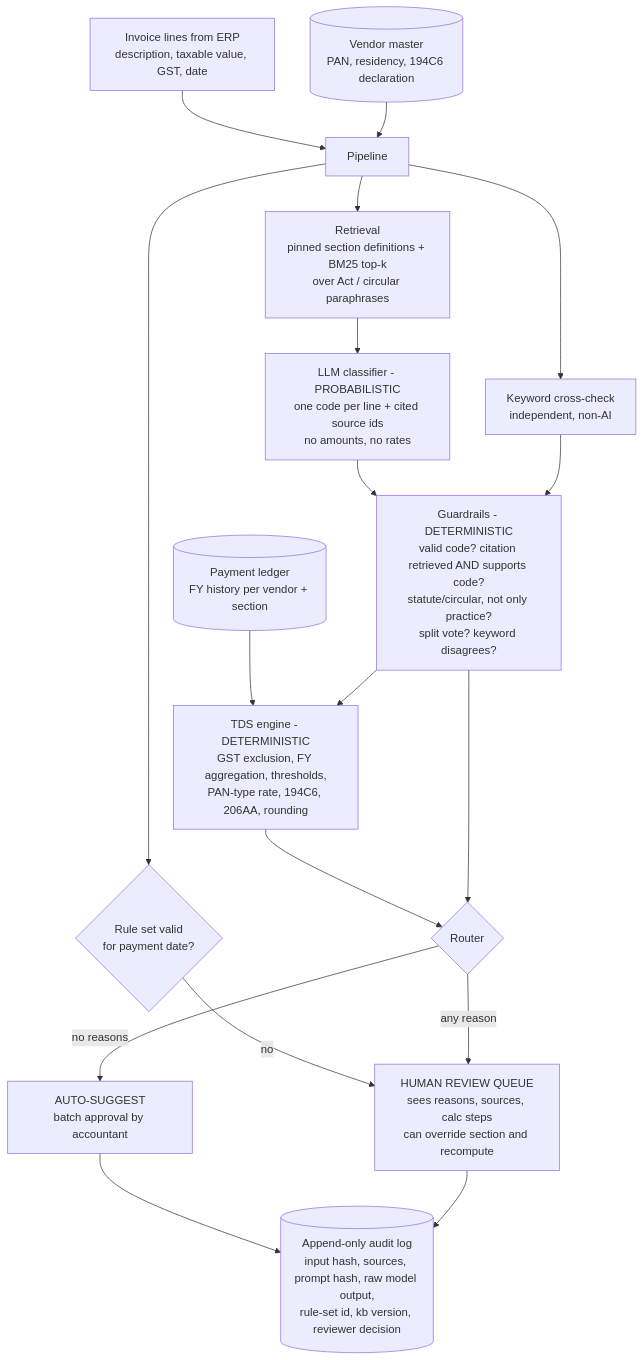
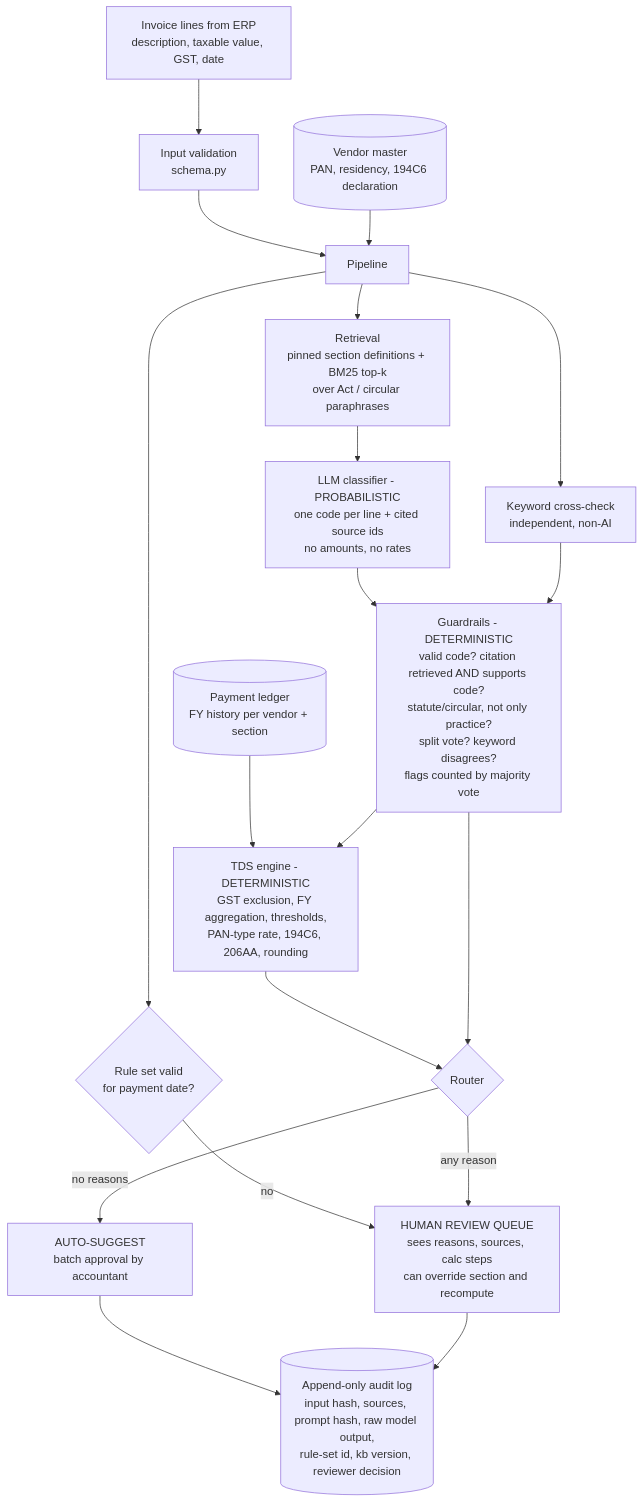
One commit to Om-Singh-Rawat/tds-copilot changed the diagram in docs/architecture.md. Above: the diagram before and after it, drawn with Mermaid. The commit also changed other lines of this file and 36 other files, not shown here.

````diff
--- a/docs/architecture.md
+++ b/docs/architecture.md
@@ -5,22 +5,22 @@
 ```mermaid
 flowchart TD
-    A[Invoice lines from ERP<br/>description, taxable value, GST, date] --> P
+    A[Invoice lines from ERP<br/>description, taxable value, GST, date] --> VAL[Input validation<br/>schema.py] --> P
     V[(Vendor master<br/>PAN, residency, 194C6 declaration)] --> P
     L[(Payment ledger<br/>FY history per vendor + section)] --> E
 
     P[Pipeline] --> R{Rule set valid<br/>for payment date?}
     R -- no --> H
     P --> RET[Retrieval<br/>pinned section definitions + BM25 top-k<br/>over Act / circular paraphrases]
     RET --> LLM[LLM classifier - PROBABILISTIC<br/>one code per line + cited source ids<br/>no amounts, no rates]
     P --> KW[Keyword cross-check<br/>independent, non-AI]
 
-    LLM --> G[Guardrails - DETERMINISTIC<br/>valid code? citation retrieved AND supports code?<br/>statute/circular, not only practice?<br/>split vote? keyword disagrees?]
+    LLM --> G[Guardrails - DETERMINISTIC<br/>valid code? citation retrieved AND supports code?<br/>statute/circular, not only practice?<br/>split vote? keyword disagrees?<br/>flags counted by majority vote]
     KW --> G
     G --> E[TDS engine - DETERMINISTIC<br/>GST exclusion, FY aggregation, thresholds,<br/>PAN-type rate, 194C6, 206AA, rounding]
     E --> RT{Router}
     G --> RT
     RT -- no reasons --> AU[AUTO-SUGGEST<br/>batch approval by accountant]
     RT -- any reason --> H[HUMAN REVIEW QUEUE<br/>sees reasons, sources, calc steps<br/>can override section and recompute]
     AU --> LOG[(Append-only audit log<br/>input hash, sources, prompt hash, raw model output,<br/>rule-set id, kb version, reviewer decision)]
     H --> LOG
 ```
````
